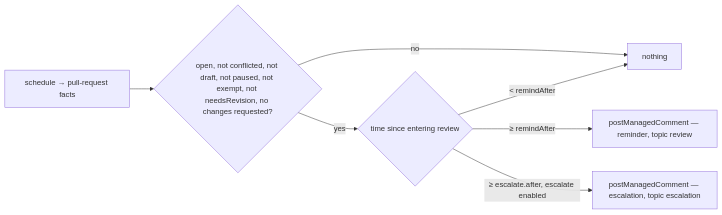
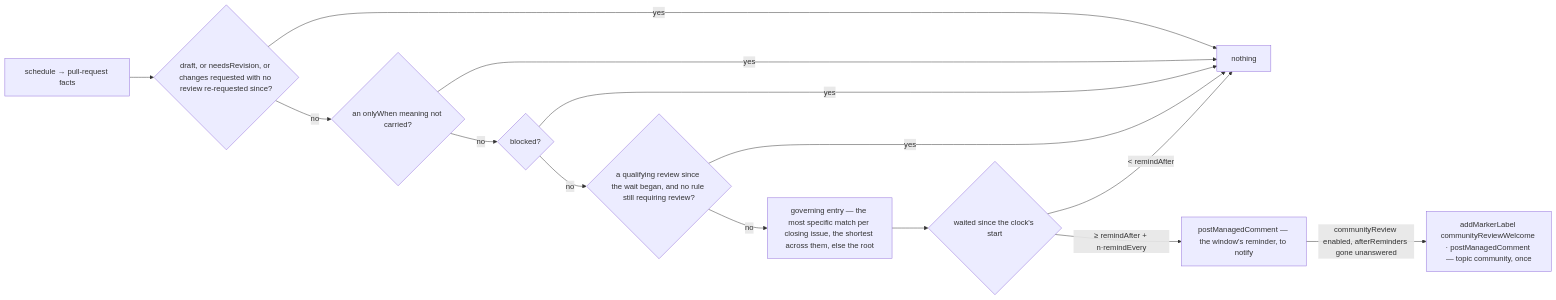
One commit to cheese-cakee/sdk-automations changed the diagram in design/guides/capabilities/reviews.md. Above: the diagram before and after it, drawn with Mermaid. The commit also changed other lines of this file and 378 other files, not shown here.

````diff
--- a/design/guides/capabilities/reviews.md
+++ b/design/guides/capabilities/reviews.md
@@ -79,9 +166,16 @@
 ```mermaid
 flowchart LR
-    S["schedule → pull-request facts"] --> X{"open, not conflicted, not draft, not paused, not exempt, not needsRevision, no changes requested?"}
-    X -->|no| N["nothing"]
-    X -->|yes| C{"time since entering review"}
+    S["schedule → pull-request facts"] --> D{"draft, or needsRevision, or changes requested with no review re-requested since?"}
+    D -->|yes| N["nothing"]
+    D -->|no| H{"an onlyWhen meaning not carried?"}
+    H -->|yes| N
+    H -->|no| P{"blocked?"}
+    P -->|yes| N
+    P -->|no| V{"a qualifying review since the wait began, and no rule still requiring review?"}
+    V -->|yes| N
+    V -->|no| G["governing entry — the most specific match per closing issue, the shortest across them, else the root"]
+    G --> C{"waited since the clock's start"}
     C -->|"< remindAfter"| N
-    C -->|"≥ remindAfter"| R["postManagedComment — reminder, topic review"]
-    C -->|"≥ escalate.after, escalate enabled"| E["postManagedComment — escalation, topic escalation"]
+    C -->|"≥ remindAfter + n·remindEvery"| R["postManagedComment — the window's reminder, to notify"]
+    R -->|"communityReview enabled, afterReminders gone unanswered"| I["addMarkerLabel communityReviewWelcome · postManagedComment — topic community, once"]
 ```
````
